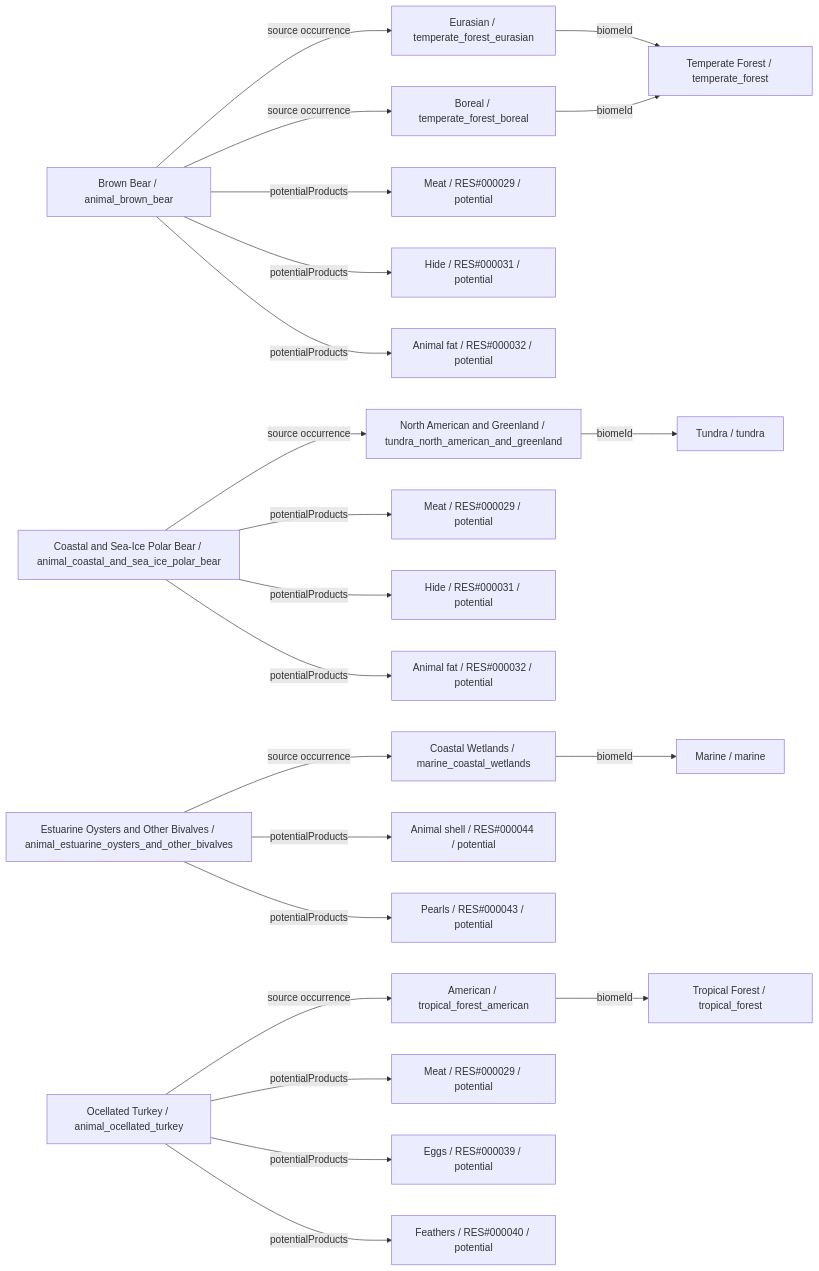
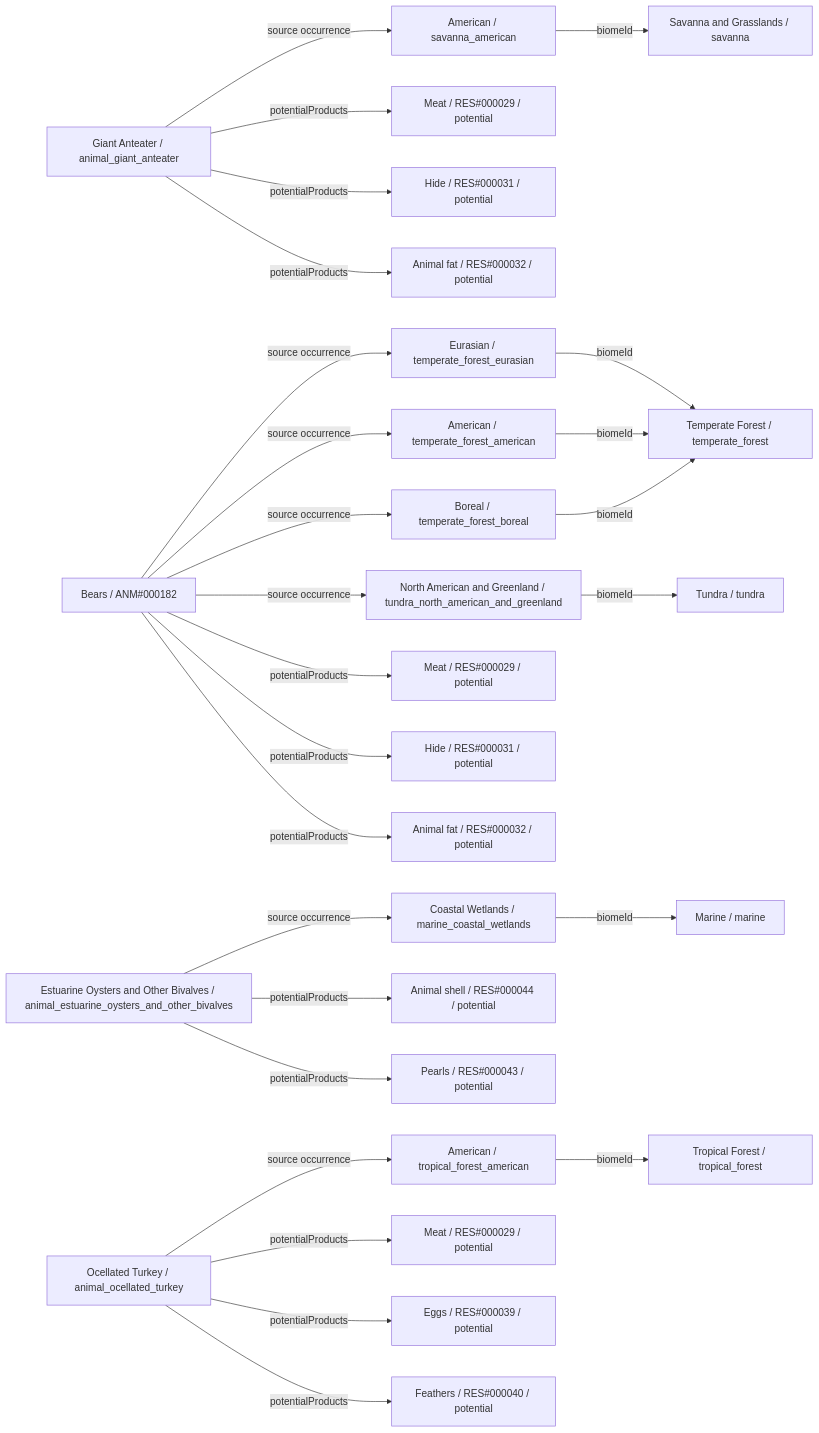
Before and after one commit to fgabo404/EvolveDoc: diagram 17 of 26 in data/animals/DIAGRAMS.md, drawn with Mermaid. The commit also changed other lines of this file and 59 other files, not shown here.

````diff
--- a/data/animals/DIAGRAMS.md
+++ b/data/animals/DIAGRAMS.md
@@ -1030,48 +819,55 @@
 ```mermaid
 flowchart LR
-    c0["Brown Bear / animal_brown_bear"]
-    v4["Eurasian / temperate_forest_eurasian"]
-    b1["Temperate Forest / temperate_forest"]
-    v7["Boreal / temperate_forest_boreal"]
+    c0["Giant Anteater / animal_giant_anteater"]
+    v12["American / savanna_american"]
+    b3["Savanna and Grasslands / savanna"]
     o0_0["Meat / RES#000029 / potential"]
     o0_1["Hide / RES#000031 / potential"]
     o0_2["Animal fat / RES#000032 / potential"]
-    c1["Coastal and Sea-Ice Polar Bear / animal_coastal_and_sea_ice_polar_bear"]
+    c1["Bears / ANM#000182"]
+    v4["Eurasian / temperate_forest_eurasian"]
+    b1["Temperate Forest / temperate_forest"]
+    v5["American / temperate_forest_american"]
+    v7["Boreal / temperate_forest_boreal"]
     v8["North American and Greenland / tundra_north_american_and_greenland"]
     b2["Tundra / tundra"]
     o1_0["Meat / RES#000029 / potential"]
     o1_1["Hide / RES#000031 / potential"]
     o1_2["Animal fat / RES#000032 / potential"]
     c2["Estuarine Oysters and Other Bivalves / animal_estuarine_oysters_and_other_bivalves"]
     v22["Coastal Wetlands / marine_coastal_wetlands"]
     b5["Marine / marine"]
     o2_0["Animal shell / RES#000044 / potential"]
     o2_1["Pearls / RES#000043 / potential"]
     c3["Ocellated Turkey / animal_ocellated_turkey"]
     v0["American / tropical_forest_american"]
     b0["Tropical Forest / tropical_forest"]
     o3_0["Meat / RES#000029 / potential"]
     o3_1["Eggs / RES#000039 / potential"]
     o3_2["Feathers / RES#000040 / potential"]
     c0 -->|potentialProducts| o0_0
     c0 -->|potentialProducts| o0_1
     c0 -->|potentialProducts| o0_2
-    c0 -->|source occurrence| v4
-    c0 -->|source occurrence| v7
+    c0 -->|source occurrence| v12
     c1 -->|potentialProducts| o1_0
     c1 -->|potentialProducts| o1_1
     c1 -->|potentialProducts| o1_2
+    c1 -->|source occurrence| v4
+    c1 -->|source occurrence| v5
+    c1 -->|source occurrence| v7
     c1 -->|source occurrence| v8
     c2 -->|potentialProducts| o2_0
     c2 -->|potentialProducts| o2_1
     c2 -->|source occurrence| v22
     c3 -->|potentialProducts| o3_0
     c3 -->|potentialProducts| o3_1
     c3 -->|potentialProducts| o3_2
     c3 -->|source occurrence| v0
     v0 -->|biomeId| b0
+    v12 -->|biomeId| b3
     v22 -->|biomeId| b5
     v4 -->|biomeId| b1
+    v5 -->|biomeId| b1
     v7 -->|biomeId| b1
     v8 -->|biomeId| b2
 ```
````
